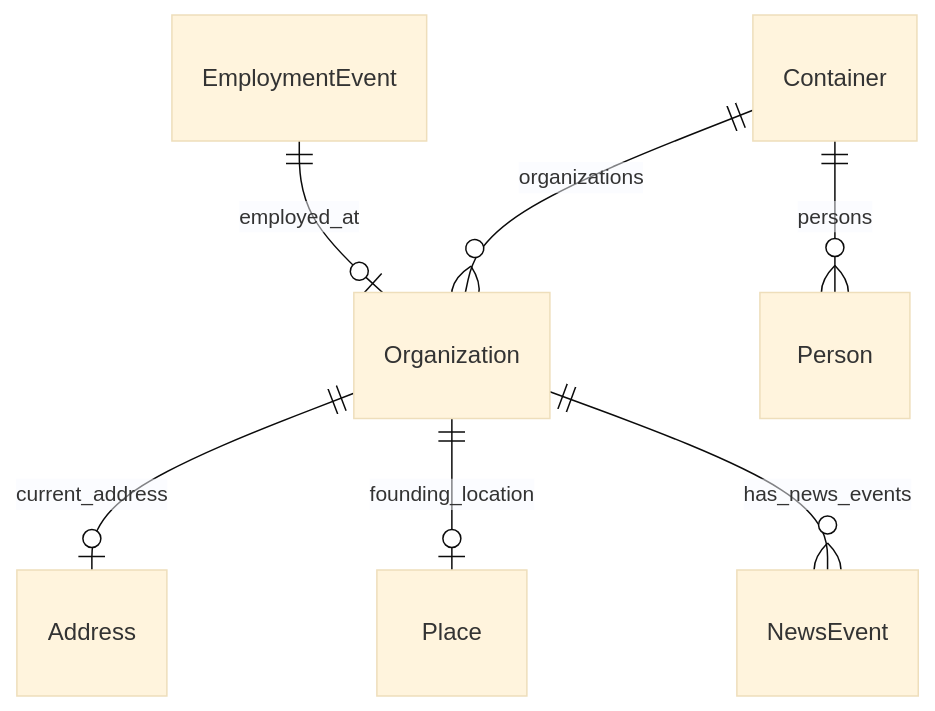
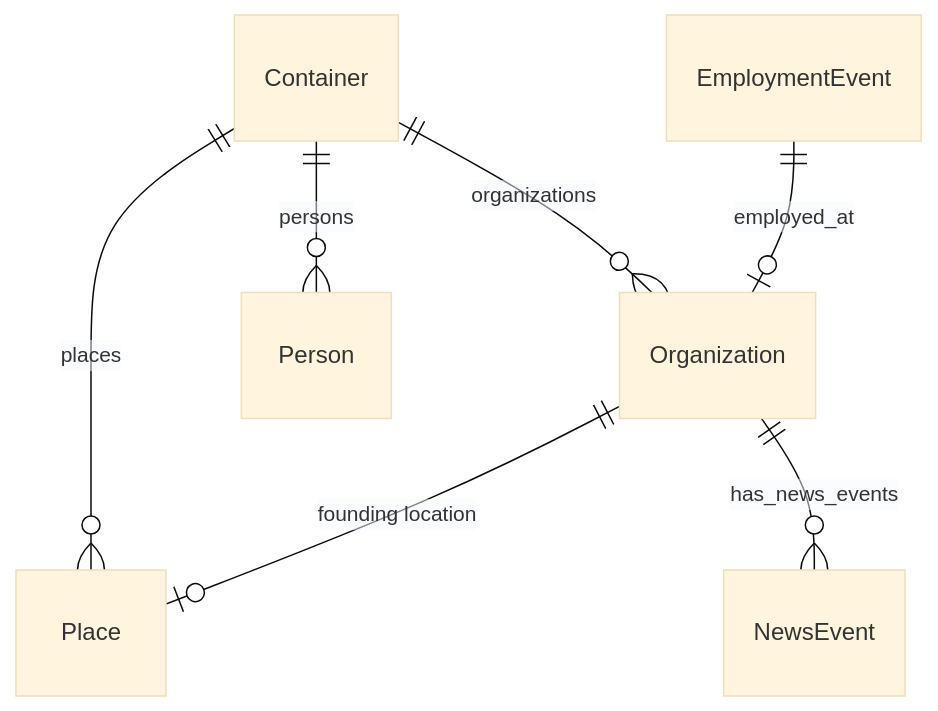
Diagram 16 of 23 in tests/linkml/test_generators/__snapshots__/personinfo.md (linkml/linkml), drawn with Mermaid (base theme) before and after one commit. The commit also changed other lines of this file, not shown here.

````diff
--- a/tests/linkml/test_generators/__snapshots__/personinfo.md
+++ b/tests/linkml/test_generators/__snapshots__/personinfo.md
@@ -562,29 +730,26 @@
 ```mermaid
 erDiagram
-Address {
-
-}
 Container {
 
 }
 EmploymentEvent {
 
 }
 NewsEvent {
 
 }
 Organization {
 
 }
 Place {
 
 }
 
 Container ||--}o Organization : "organizations"
 Container ||--}o Person : "persons"
+Container ||--}o Place : "places"
 EmploymentEvent ||--|o Organization : "employed_at"
-Organization ||--|o Address : "current_address"
-Organization ||--|o Place : "founding_location"
+Organization ||--|o Place : "founding location"
 Organization ||--}o NewsEvent : "has_news_events"
 
 ```
````
